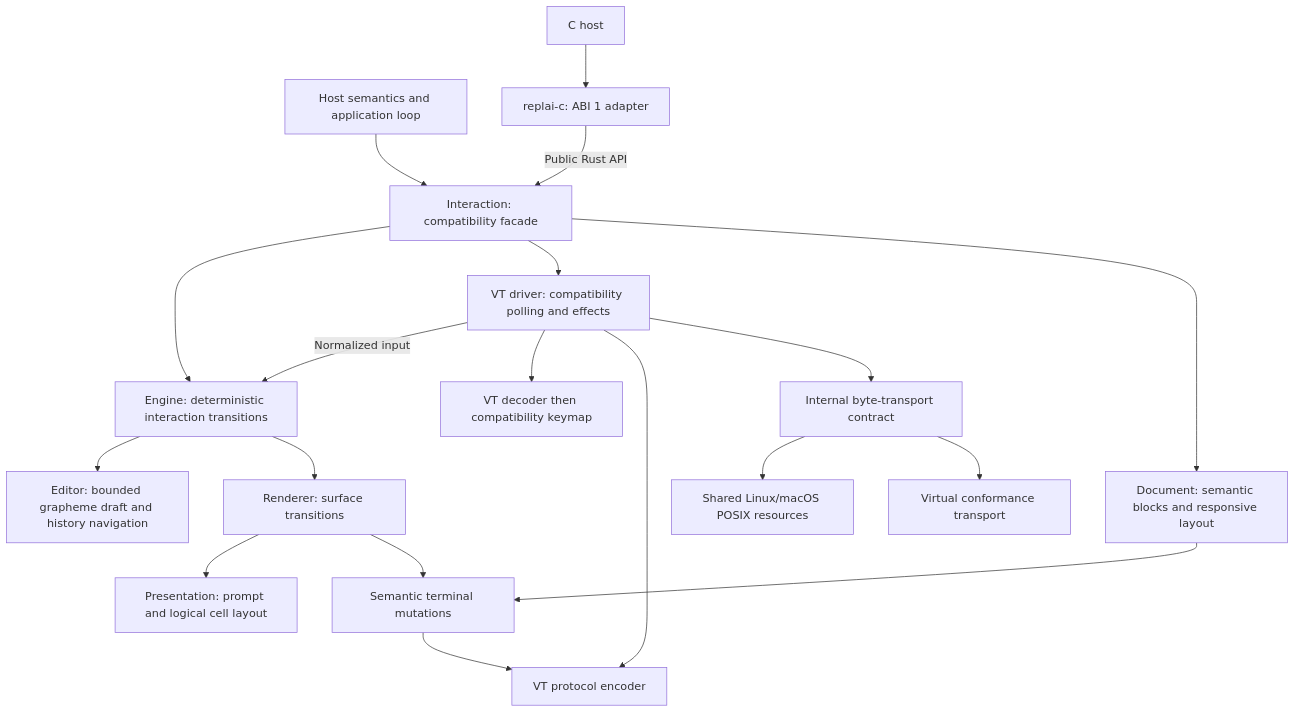
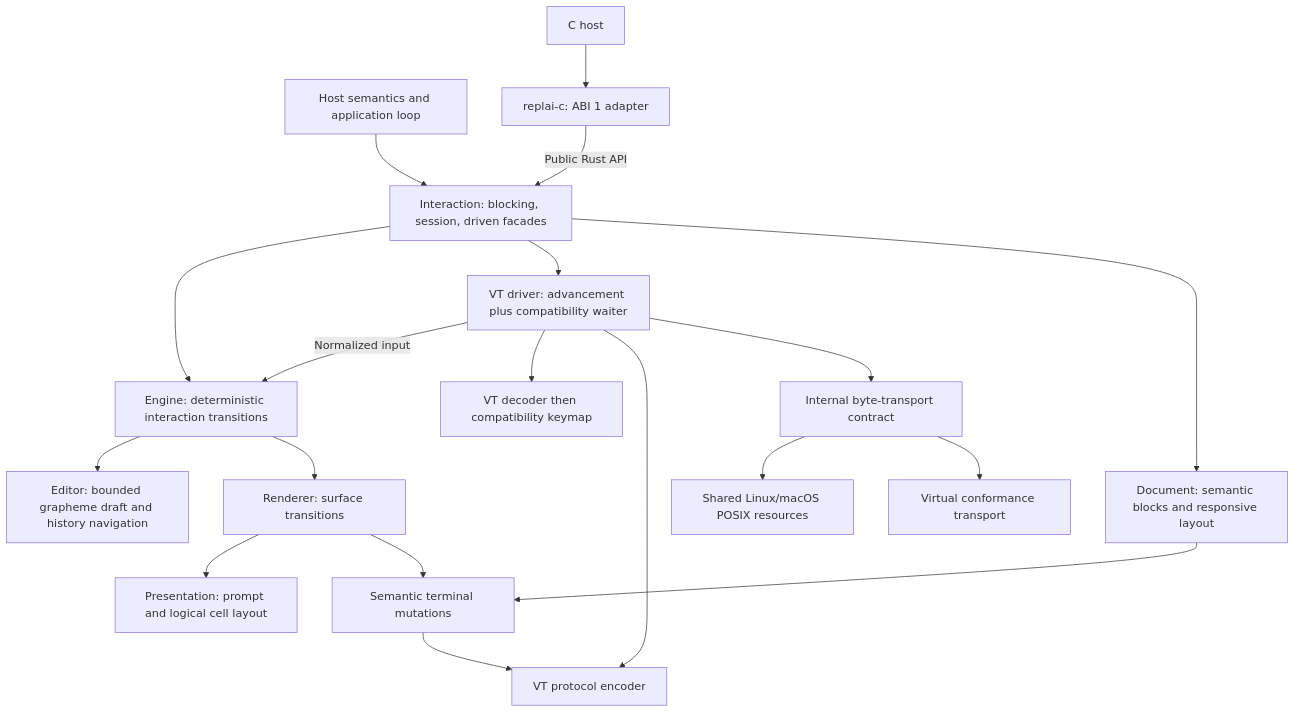
Before and after one commit to mothx9/replai: the diagram in docs/architecture.md, drawn with Mermaid. The commit also changed other lines of this file and 27 other files, not shown here.

Commit message:
feat: add blocking and host-driven interaction tiers

````diff
--- a/docs/architecture.md
+++ b/docs/architecture.md
@@ -12,21 +12,21 @@
 ```mermaid
 flowchart TB
     host["Host semantics and application loop"] --> facade
     c["C host"] --> abi["replai-c: ABI 1 adapter"]
     abi -->|Public Rust API| facade
-    facade["Interaction: compatibility facade"] --> engine
+    facade["Interaction: blocking, session, driven facades"] --> engine
     facade --> driver
     engine["Engine: deterministic interaction transitions"] --> editor["Editor: bounded grapheme draft and history navigation"]
     facade --> document["Document: semantic blocks and responsive layout"]
     document --> mutations
     engine --> renderer["Renderer: surface transitions"]
     renderer --> layout["Presentation: prompt and logical cell layout"]
     renderer --> mutations["Semantic terminal mutations"]
-    driver["VT driver: compatibility polling and effects"] -->|Normalized input| engine
+    driver["VT driver: advancement plus compatibility waiter"] -->|Normalized input| engine
     driver --> decoder["VT decoder then compatibility keymap"]
     mutations --> encoder["VT protocol encoder"]
     driver --> encoder
     driver --> transport["Internal byte-transport contract"]
     transport --> posix["Shared Linux/macOS POSIX resources"]
     transport --> virtual["Virtual conformance transport"]
 ```
````
